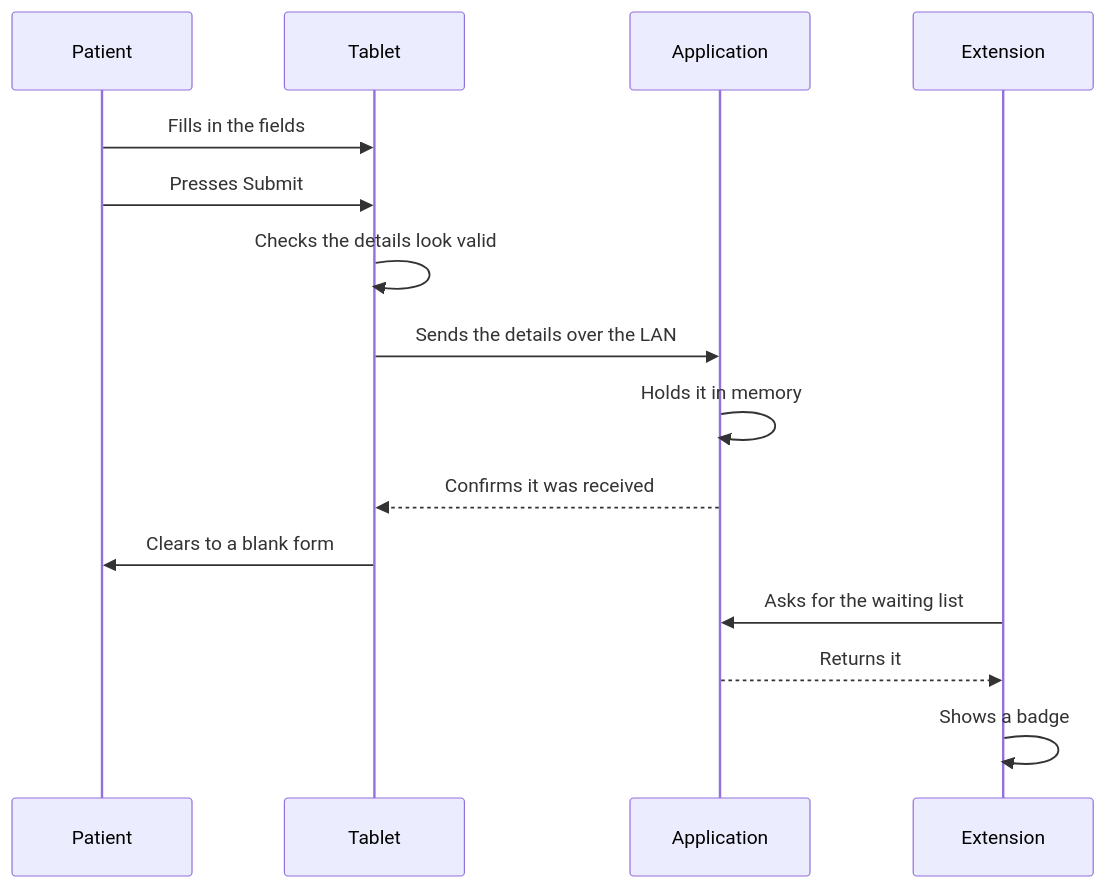
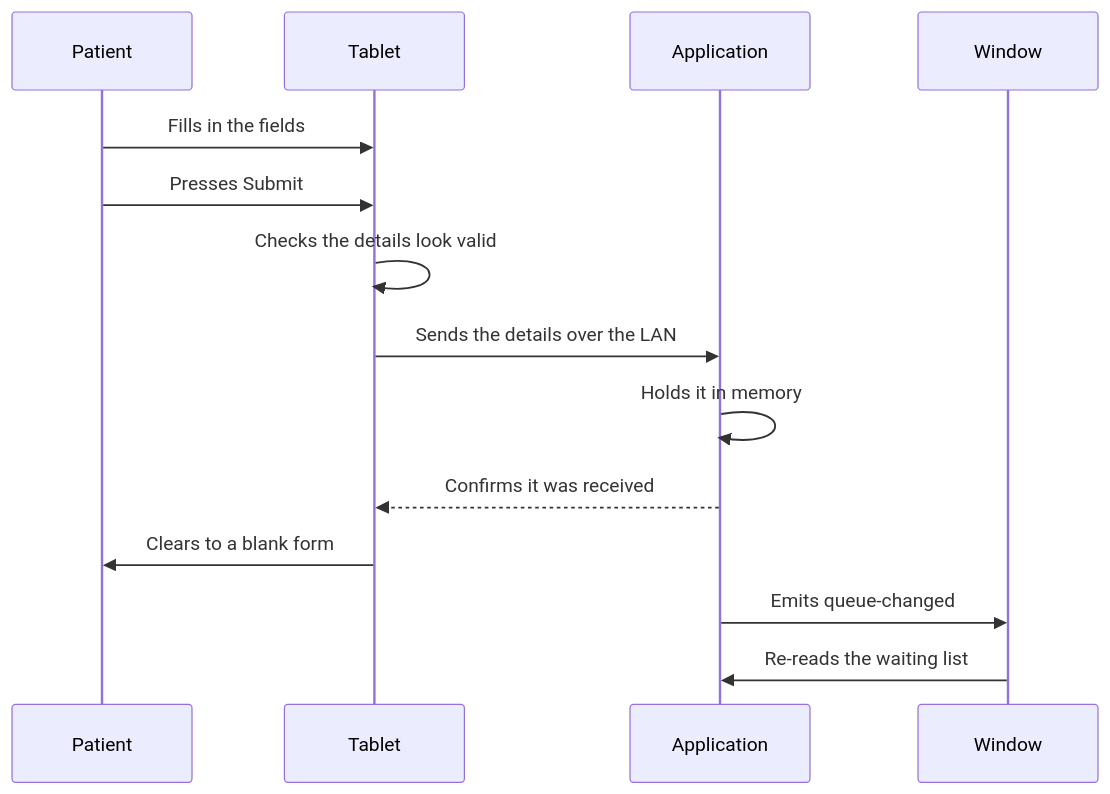
One commit to Vishnu373/asmart-autofill changed the second of 3 diagrams in docs/design.md. Above: the diagram before and after it, drawn with Mermaid. The commit also changed other lines of this file and 68 other files, not shown here.

````diff
--- a/docs/design.md
+++ b/docs/design.md
@@ -143,18 +140,17 @@
 ```mermaid
 sequenceDiagram
     participant P as Patient
     participant T as Tablet
     participant A as Application
-    participant E as Extension
+    participant W as Window
 
     P->>T: Fills in the fields
     P->>T: Presses Submit
     T->>T: Checks the details look valid
     T->>A: Sends the details over the LAN
     A->>A: Holds it in memory
     A-->>T: Confirms it was received
     T->>P: Clears to a blank form
-    E->>A: Asks for the waiting list
-    A-->>E: Returns it
-    E->>E: Shows a badge
+    A->>W: Emits queue-changed
+    W->>A: Re-reads the waiting list
 ```
````
